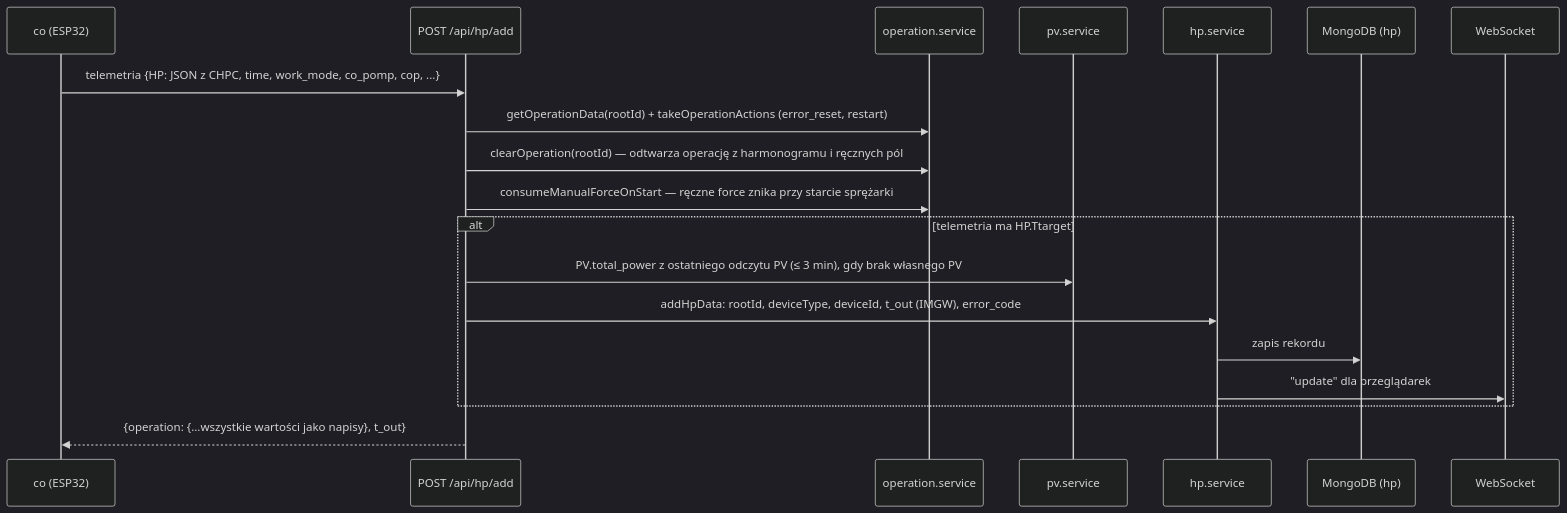
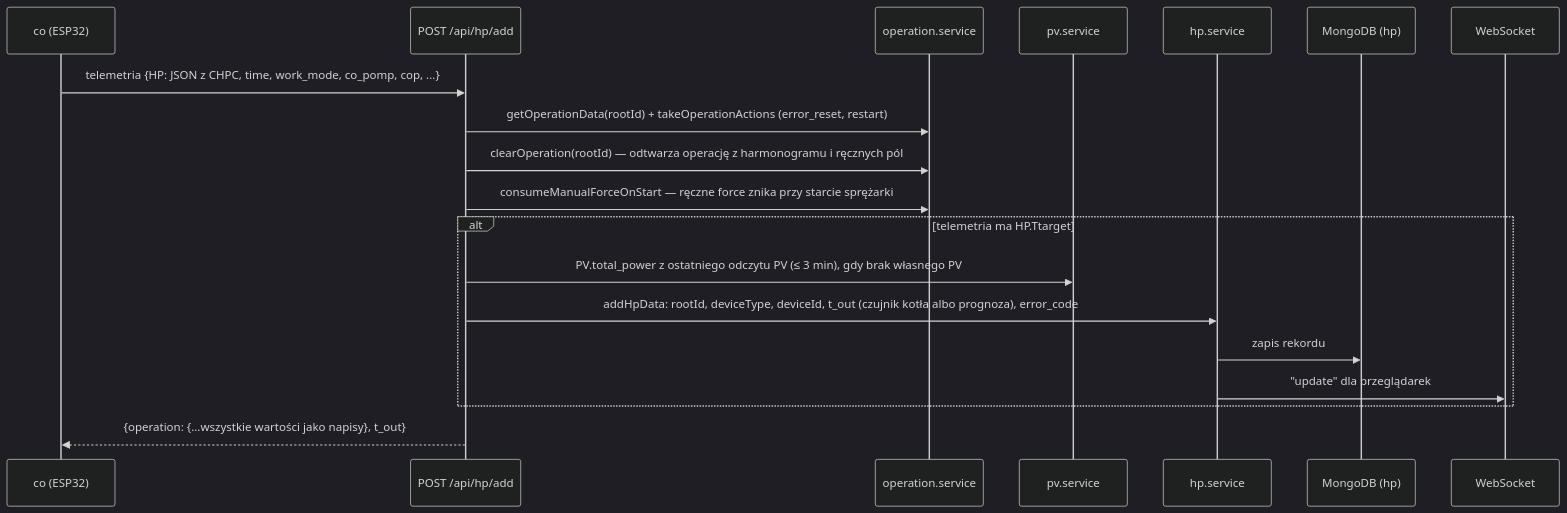
Before and after one commit to robertorlowski/my-home: the second of 5 diagrams in docs/moduly/heat-pump/2-zasada-dzialania.md, drawn with Mermaid (dark theme). The commit also changed 14 other files, not shown here.

````diff
--- a/docs/moduly/heat-pump/2-zasada-dzialania.md
+++ b/docs/moduly/heat-pump/2-zasada-dzialania.md
@@ -27,21 +27,21 @@
 ```mermaid
 sequenceDiagram
     participant CO as co (ESP32)
     participant H as POST /api/hp/add
     participant O as operation.service
     participant P as pv.service
     participant S as hp.service
     participant M as MongoDB (hp)
     participant WS as WebSocket
     CO->>H: telemetria {HP: JSON z CHPC, time, work_mode, co_pomp, cop, ...}
     H->>O: getOperationData(rootId) + takeOperationActions (error_reset, restart)
     H->>O: clearOperation(rootId) — odtwarza operację z harmonogramu i ręcznych pól
     H->>O: consumeManualForceOnStart — ręczne force znika przy starcie sprężarki
     alt telemetria ma HP.Ttarget
         H->>P: PV.total_power z ostatniego odczytu PV (≤ 3 min), gdy brak własnego PV
-        H->>S: addHpData: rootId, deviceType, deviceId, t_out (IMGW), error_code
+        H->>S: addHpData: rootId, deviceType, deviceId, t_out (czujnik kotła albo prognoza), error_code
         S->>M: zapis rekordu
         S->>WS: "update" dla przeglądarek
     end
     H-->>CO: {operation: {...wszystkie wartości jako napisy}, t_out}
 ```
````
